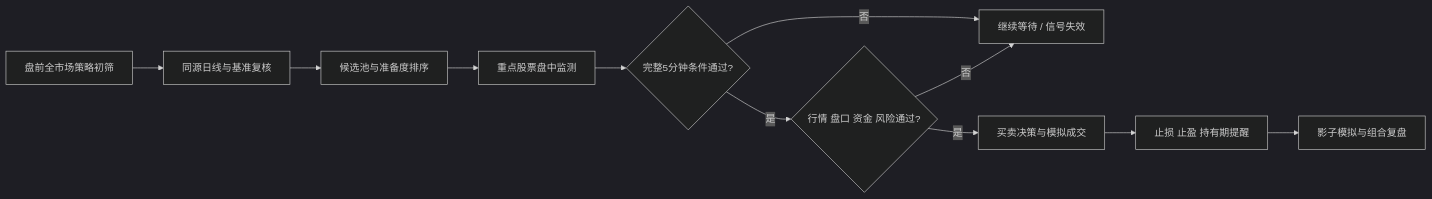
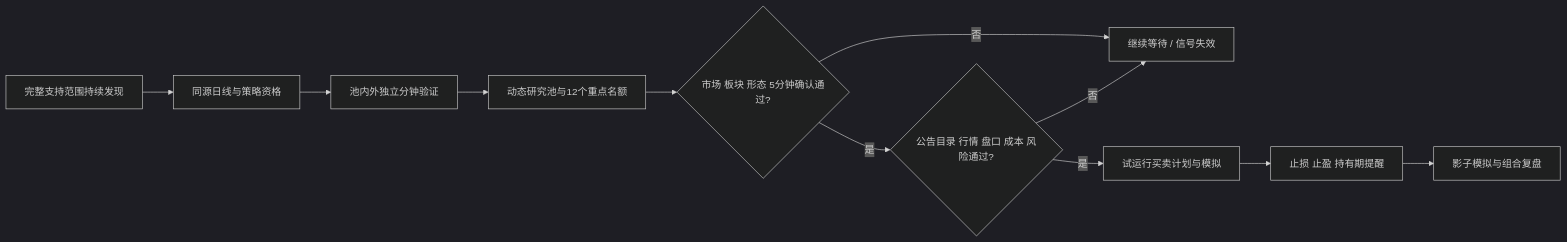
Before and after one commit to zc6503204-collab/stock-strategy-dashboard: the diagram in README.md, drawn with Mermaid (dark theme). The commit also changed other lines of this file and 33 other files, not shown here.

````diff
--- a/README.md
+++ b/README.md
@@ -52,13 +52,13 @@
 ```mermaid
 flowchart LR
-    A[盘前全市场策略初筛] --> B[同源日线与基准复核]
-    B --> C[候选池与准备度排序]
-    C --> D[重点股票盘中监测]
-    D --> E{完整5分钟条件通过?}
+    A[完整支持范围持续发现] --> B[同源日线与策略资格]
+    B --> C[池内外独立分钟验证]
+    C --> D[动态研究池与12个重点名额]
+    D --> E{市场 板块 形态 5分钟确认通过?}
     E -- 否 --> F[继续等待 / 信号失效]
-    E -- 是 --> G{行情 盘口 资金 风险通过?}
+    E -- 是 --> G{公告目录 行情 盘口 成本 风险通过?}
     G -- 否 --> F
-    G -- 是 --> H[买卖决策与模拟成交]
+    G -- 是 --> H[试运行买卖计划与模拟]
     H --> I[止损 止盈 持有期提醒]
     I --> J[影子模拟与组合复盘]
 ```
````
